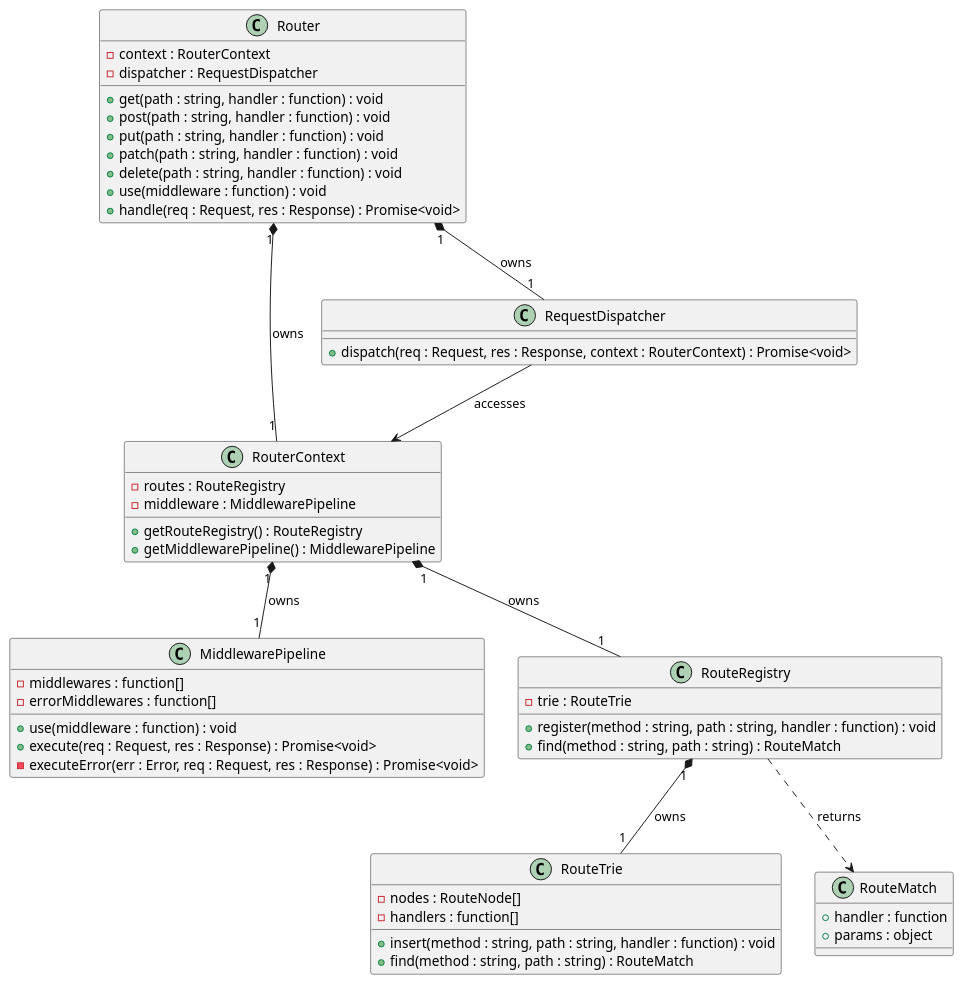
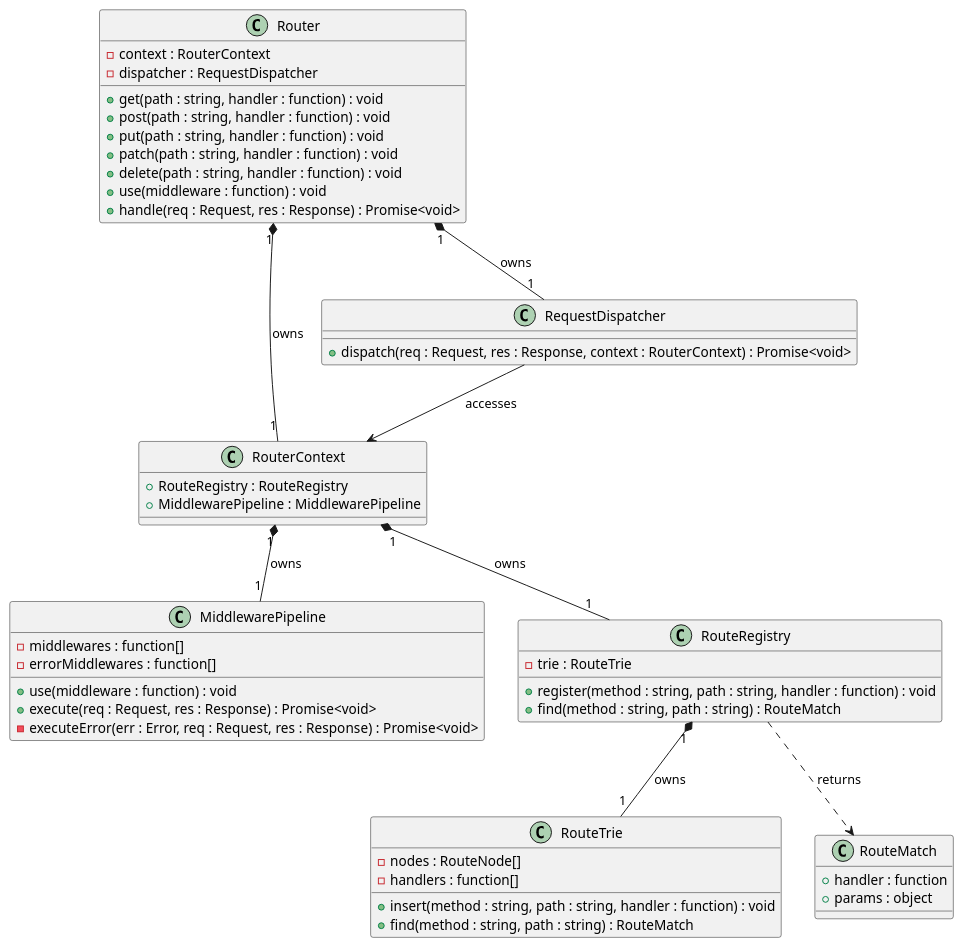
One commit to Ali-Wael-Hassan/duck-node-router changed the diagram in docs/class diagrams/diagram.puml. Above: the diagram before and after it, drawn with PlantUML. The commit also changed 9 other files, not shown here.

Commit message:
Implemented RouterContext, test suite (50 tests), and working example; fixed RouteTrie multi-param and wildcard backtracking bugs and bodyParser async flow; updated README and UML diagrams to reflect current state

```diff
--- a/docs/class diagrams/diagram.puml
+++ b/docs/class diagrams/diagram.puml
@@ -1,68 +1,65 @@
 @startuml Router
 
 class RouterContext {
-    {field} - routes : RouteRegistry
-    {field} - middleware : MiddlewarePipeline
-
-    {method} + getRouteRegistry() : RouteRegistry
-    {method} + getMiddlewarePipeline() : MiddlewarePipeline
+    {field} + RouteRegistry : RouteRegistry
+    {field} + MiddlewarePipeline : MiddlewarePipeline
 }
 
 class Router {
     {field} - context : RouterContext
     {field} - dispatcher : RequestDispatcher
 
     {method} + get(path : string, handler : function) : void
     {method} + post(path : string, handler : function) : void
     {method} + put(path : string, handler : function) : void
     {method} + patch(path : string, handler : function) : void
     {method} + delete(path : string, handler : function) : void
     {method} + use(middleware : function) : void
     {method} + handle(req : Request, res : Response) : Promise<void>
 }
 
 class MiddlewarePipeline {
     {field} - middlewares : function[]
     {field} - errorMiddlewares : function[]
 
     {method} + use(middleware : function) : void
     {method} + execute(req : Request, res : Response) : Promise<void>
     {method} - executeError(err : Error, req : Request, res : Response) : Promise<void>
 }
 
 class RouteRegistry {
     {field} - trie : RouteTrie
 
     {method} + register(method : string, path : string, handler : function) : void
     {method} + find(method : string, path : string) : RouteMatch
 }
 
 class RouteTrie {
     {field} - nodes : RouteNode[]
     {field} - handlers : function[]
 
     {method} + insert(method : string, path : string, handler : function) : void
     {method} + find(method : string, path : string) : RouteMatch
 }
 
 class RequestDispatcher {
     {method} + dispatch(req : Request, res : Response, context : RouterContext) : Promise<void>
 }
 
 class RouteMatch {
     {field} + handler : function
     {field} + params : object
 }
 
 Router "1" *-- "1" RouterContext : owns
 Router "1" *-- "1" RequestDispatcher : owns
 
 RouterContext "1" *-- "1" RouteRegistry : owns
 RouterContext "1" *-- "1" MiddlewarePipeline : owns
 
 RouteRegistry "1" *-- "1" RouteTrie : owns
 RouteRegistry ..> RouteMatch : returns
 
 RequestDispatcher --> RouterContext : accesses
 
 @enduml
```
